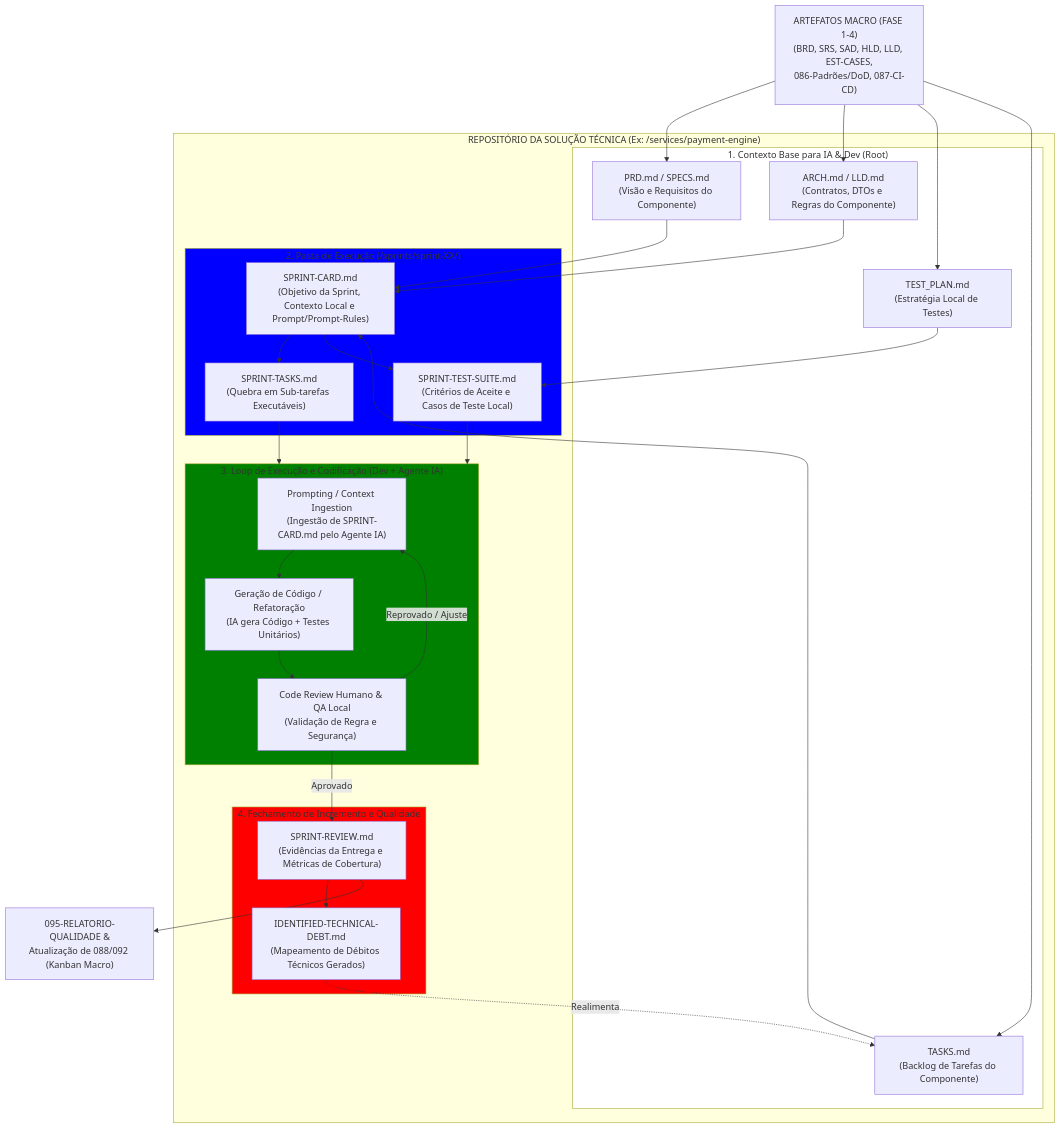
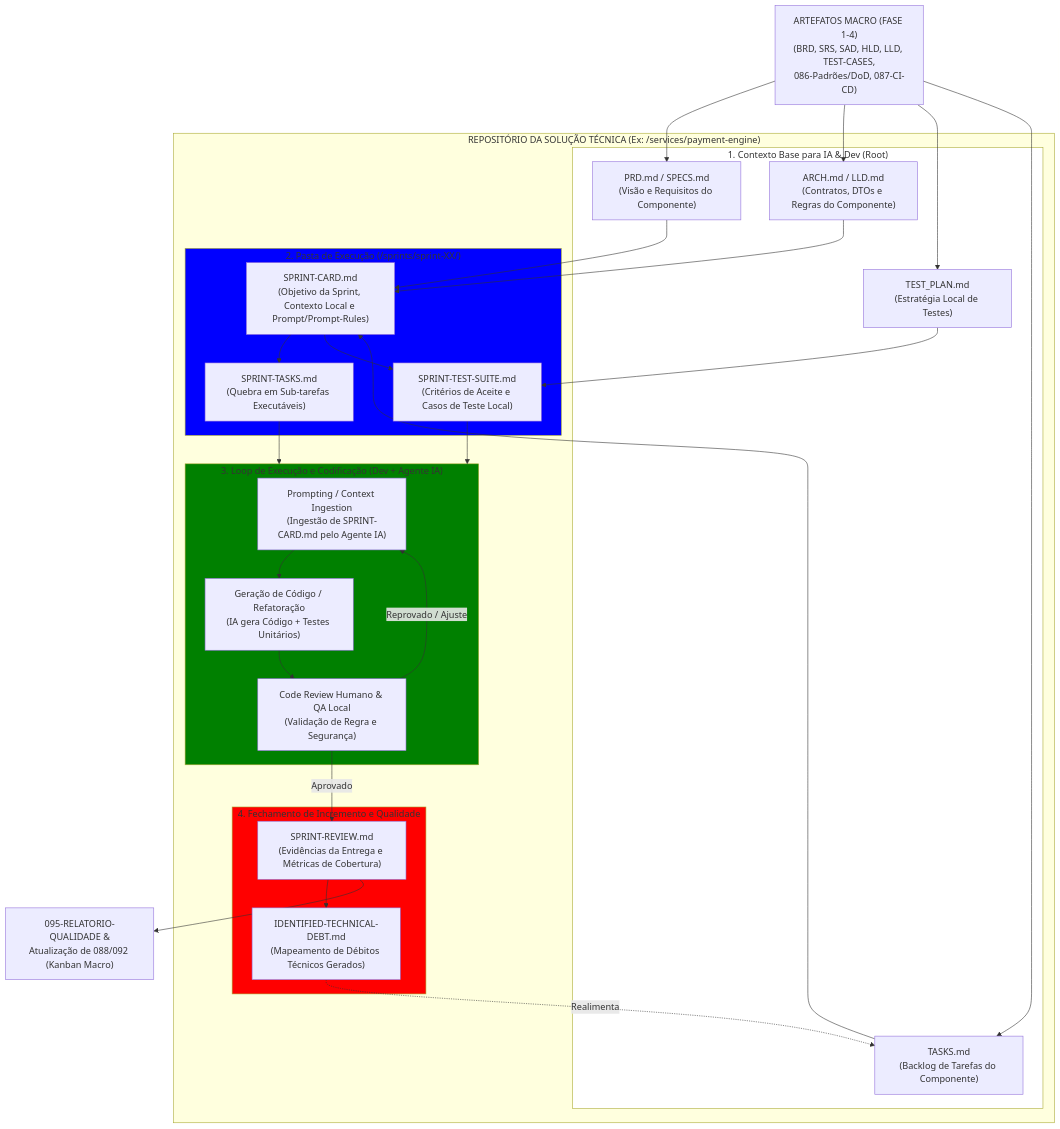
Before and after one commit to bolismar69/workspace-fbso: the third of 3 diagrams in .specs/flowchart-WATERFALL.md, drawn with Mermaid. The commit also changed other lines of this file and 25 other files, not shown here.

First line of the commit message:
refactor: 045/050 renomeados para TEST-PLAN/TEST-CASES + nomes de arquivos nos nós dos flowcharts

````diff
--- a/.specs/flowchart-WATERFALL.md
+++ b/.specs/flowchart-WATERFALL.md
@@ -333,70 +333,70 @@
 ```mermaid
 flowchart TB
     %% INSUMO UPSTREAM (FASE 1 A 4)
-    IN_MACRO["ARTEFATOS MACRO (FASE 1-4)\n(BRD, SRS, SAD, HLD, LLD, EST-CASES,\n086-Padrões/DoD, 087-CI-CD)"]
+    IN_MACRO["ARTEFATOS MACRO (FASE 1-4)\n(BRD, SRS, SAD, HLD, LLD, TEST-CASES,\n086-Padrões/DoD, 087-CI-CD)"]
 
     subgraph REPO["REPOSITÓRIO DA SOLUÇÃO TÉCNICA (Ex: /services/payment-engine)"]
         
         subgraph CONTEXTO-BASE["1. Contexto Base para IA & Dev (Root)"]
             PRD_MD["PRD.md / SPECS.md\n(Visão e Requisitos do Componente)"]
             ARCH_MD["ARCH.md / LLD.md\n(Contratos, DTOs e Regras do Componente)"]
             TEST_PLAN_MD["TEST_PLAN.md\n(Estratégia Local de Testes)"]
             TASKS_MD["TASKS.md\n(Backlog de Tarefas do Componente)"]
         end
 
         subgraph CICLO-SPRINT["2. Pasta de Execução (/sprints/sprint-XX/)"]
             SPRINT_CARD["SPRINT-CARD.md\n(Objetivo da Sprint, Contexto Local e Prompt/Prompt-Rules)"]
             SPRINT_TASKS["SPRINT-TASKS.md\n(Quebra em Sub-tarefas Executáveis)"]
             SPRINT_TESTS-SUITE["SPRINT-TEST-SUITE.md\n(Critérios de Aceite e Casos de Teste Local)"]
         end
 
         subgraph LOOP-IA-DEV["3. Loop de Execução e Codificação (Dev + Agente IA)"]
             PROMPT_ENG["Prompting / Context Ingestion\n(Ingestão de SPRINT-CARD.md pelo Agente IA)"]
             CODE_GEN["Geração de Código / Refatoração\n(IA gera Código + Testes Unitários)"]
             HUMAN_REVIEW["Code Review Humano & QA Local\n(Validação de Regra e Segurança)"]
             
             PROMPT_ENG --> CODE_GEN
             CODE_GEN --> HUMAN_REVIEW
         end
 
         subgraph FECHAMENTO-SPRINT["4. Fechamento de Incremento e Qualidade"]
             SPRINT_REVIEW["SPRINT-REVIEW.md\n(Evidências da Entrega e Métricas de Cobertura)"]
             TECH_DEBT["IDENTIFIED-TECHNICAL-DEBT.md\n(Mapeamento de Débitos Técnicos Gerados)"]
         end
 
     end
 
     %% SAÍDA PARA GOVERNANÇA (MACRO)
     OUT_GOVERNANCE["095-RELATORIO-QUALIDADE &\nAtualização de 088/092 (Kanban Macro)"]
 
     %% Conexões do Fluxo
     IN_MACRO --> PRD_MD
     IN_MACRO --> ARCH_MD
     IN_MACRO --> TEST_PLAN_MD
     IN_MACRO --> TASKS_MD
 
     PRD_MD --> SPRINT_CARD
     TASKS_MD --> SPRINT_CARD
     ARCH_MD --> SPRINT_CARD
     
     SPRINT_CARD --> SPRINT_TASKS
     SPRINT_CARD --> SPRINT_TESTS-SUITE
     TEST_PLAN_MD --> SPRINT_TESTS-SUITE
 
     SPRINT_TASKS --> LOOP-IA-DEV
     SPRINT_TESTS-SUITE --> LOOP-IA-DEV
 
     HUMAN_REVIEW -- "Reprovado / Ajuste" --> PROMPT_ENG
     HUMAN_REVIEW -- "Aprovado" --> SPRINT_REVIEW
 
     SPRINT_REVIEW --> TECH_DEBT
     TECH_DEBT -.->|"Realimenta"| TASKS_MD
 
     SPRINT_REVIEW --> OUT_GOVERNANCE
 
     style CONTEXTO-BASE fill:white
     style CICLO-SPRINT  fill:blue
     style LOOP-IA-DEV  fill:green
     style FECHAMENTO-SPRINT fill:red
 
 ```
````
